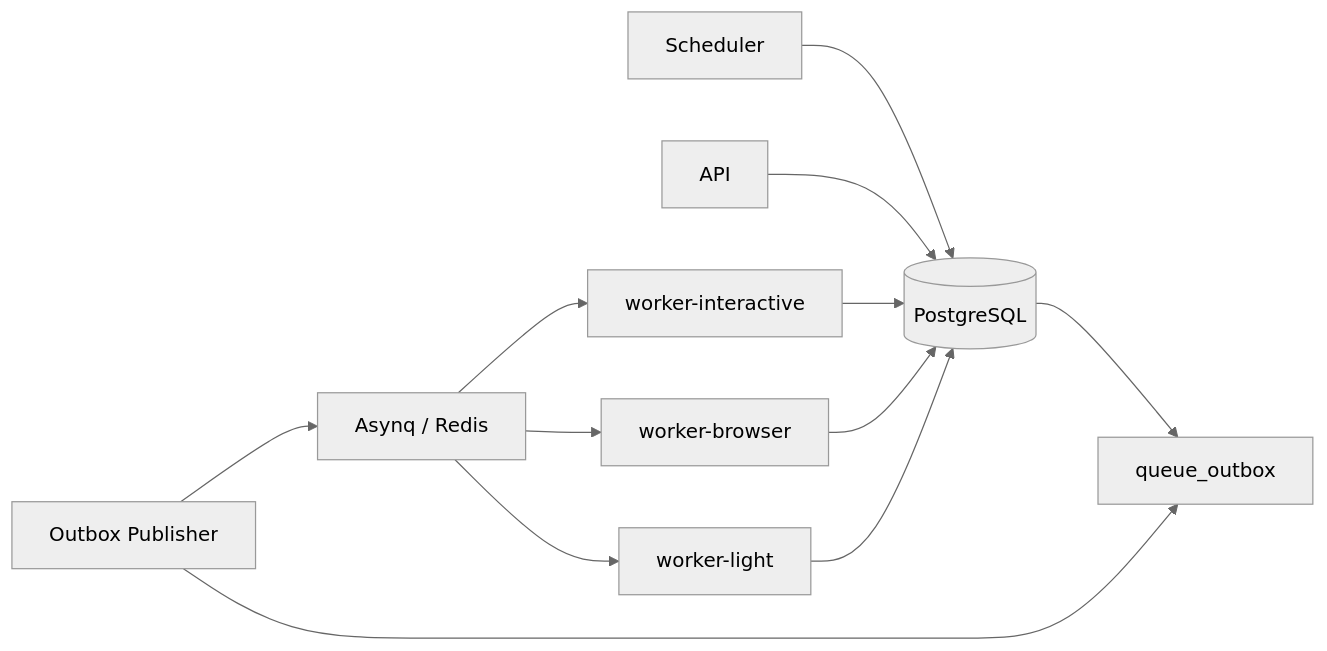
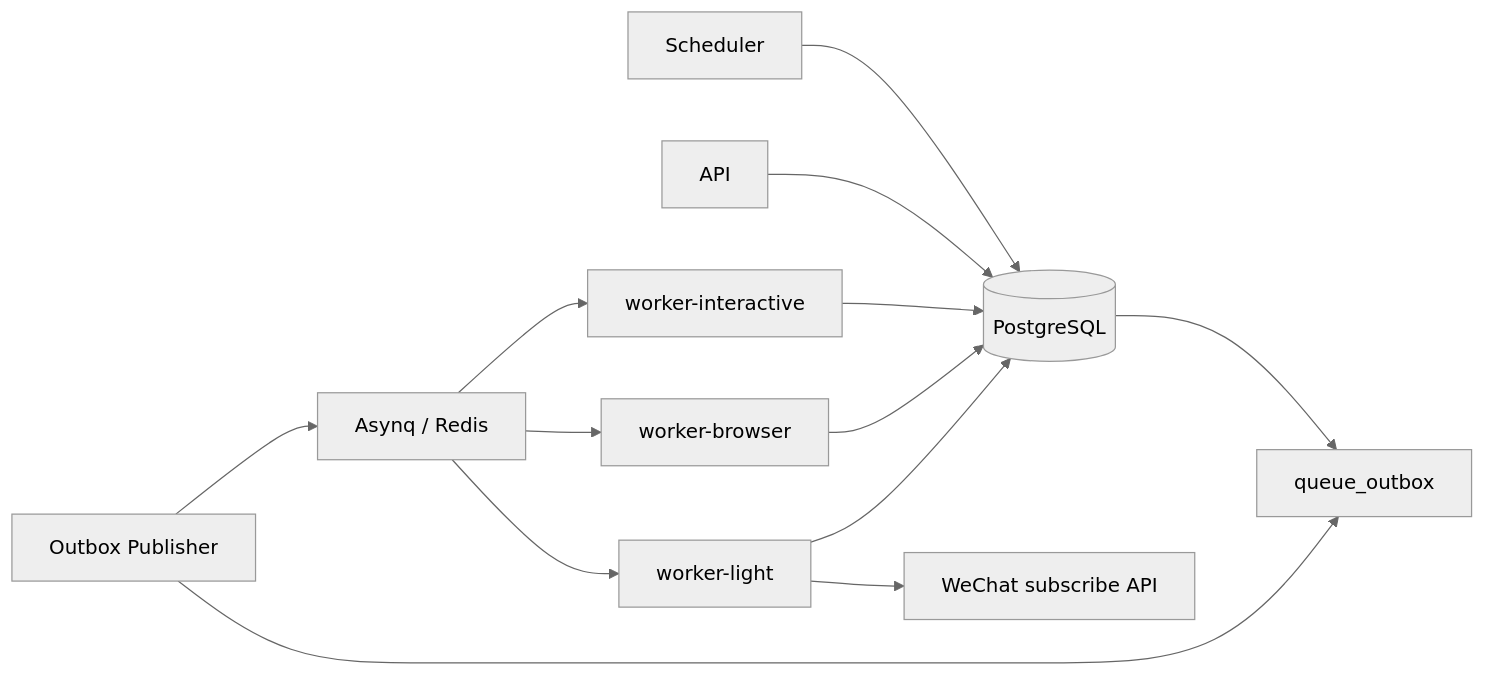
One commit to Mahoo12138/douyin-keeper changed the first of 4 diagrams in docs/15-scheduler-worker-state-machine.md. Above: the diagram before and after it, drawn with Mermaid (neutral theme). The commit also changed other lines of this file and 36 other files, not shown here.

````diff
--- a/docs/15-scheduler-worker-state-machine.md
+++ b/docs/15-scheduler-worker-state-machine.md
@@ -7,14 +7,15 @@
 ```mermaid
 flowchart LR
     SCH[Scheduler] --> PG[(PostgreSQL)]
     API[API] --> PG
     PG --> OUTBOX[queue_outbox]
     PUB[Outbox Publisher] --> OUTBOX
     PUB --> Q[Asynq / Redis]
     Q --> WI[worker-interactive]
     Q --> WB[worker-browser]
     Q --> WL[worker-light]
+    WL --> WX[WeChat subscribe API]
     WI --> PG
     WB --> PG
     WL --> PG
 ```
````
